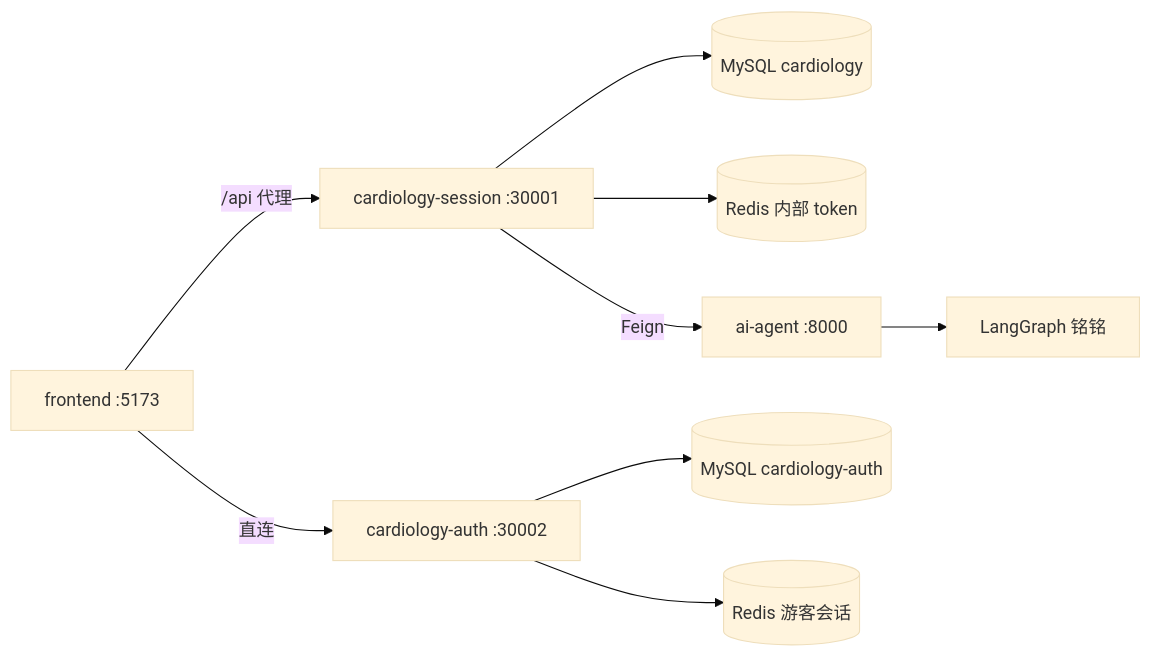
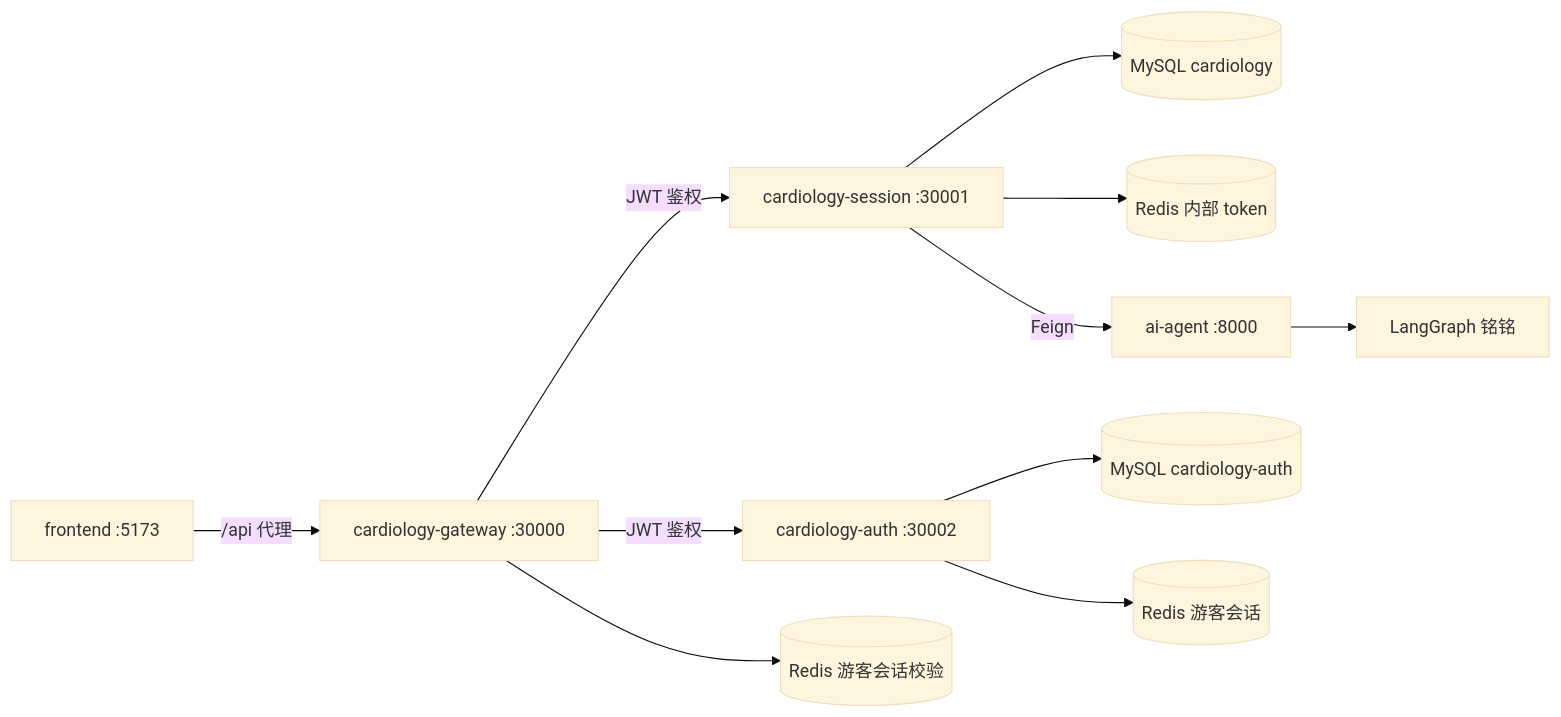
Before and after one commit to SherwinZeng/cardiologyintelligentagent: the second of 2 diagrams in README.md, drawn with Mermaid (base theme). The commit also changed other lines of this file and 5 other files, not shown here.

````diff
--- a/README.md
+++ b/README.md
@@ -89,11 +89,13 @@
 ```mermaid
 flowchart LR
-    Web[frontend :5173] -->|/api 代理| Session[cardiology-session :30001]
-    Web -->|直连| Auth[cardiology-auth :30002]
+    Web[frontend :5173] -->|/api 代理| GW[cardiology-gateway :30000]
+    GW -->|JWT 鉴权| Auth[cardiology-auth :30002]
+    GW -->|JWT 鉴权| Session[cardiology-session :30001]
     Session --> MySQL1[(MySQL cardiology)]
     Session --> Redis1[(Redis 内部 token)]
     Session -->|Feign| Agent[ai-agent :8000]
     Auth --> MySQL2[(MySQL cardiology-auth)]
     Auth --> Redis2[(Redis 游客会话)]
+    GW --> Redis3[(Redis 游客会话校验)]
     Agent --> Graph[LangGraph 铭铭]
 ```
````
